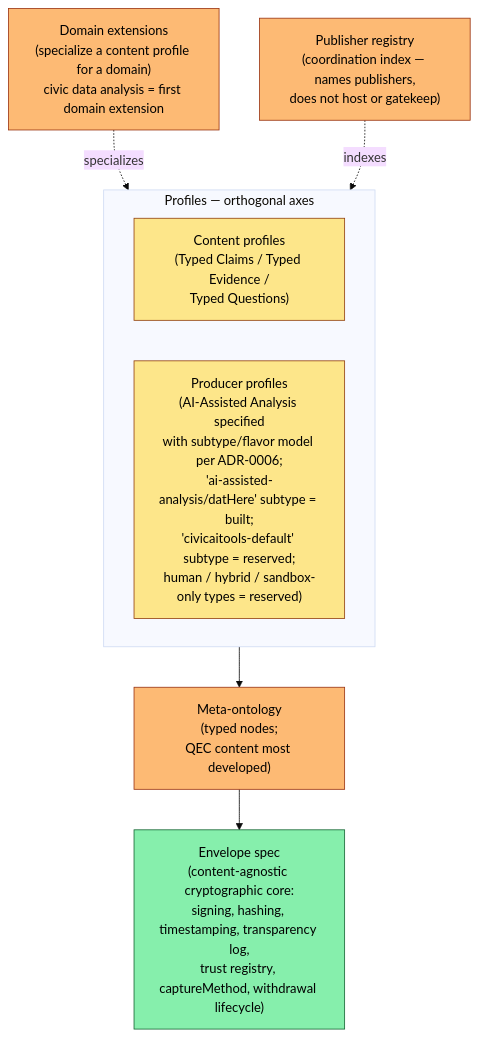
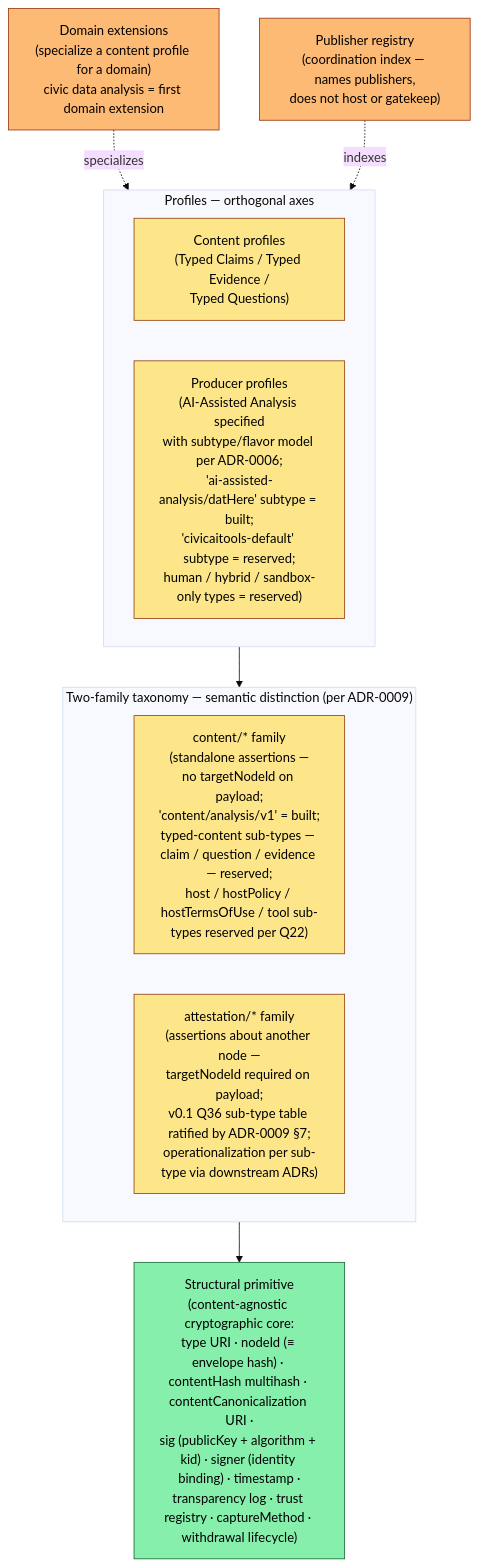
One commit to npstorey/civic-ai-tools changed the first of 4 diagrams in docs/architecture/typed-standards-proposal.md. Above: the diagram before and after it, drawn with Mermaid (base theme). The commit also changed other lines of this file and 3 other files, not shown here.

First line of the commit message:
spec: ADR-0009 + typed-standards-proposal + OES amendments (G2 unified-primitive cohort)

````diff
--- a/docs/architecture/typed-standards-proposal.md
+++ b/docs/architecture/typed-standards-proposal.md
@@ -49,23 +49,28 @@
 ```mermaid
 flowchart TB
     REG["Publisher registry<br/>(coordination index — names publishers,<br/>does not host or gatekeep)"]:::reserved
     DX["Domain extensions<br/>(specialize a content profile for a domain)<br/>civic data analysis = first domain extension"]:::reserved
 
     subgraph PROF["Profiles — orthogonal axes"]
         direction LR
         CP["Content profiles<br/>(Typed Claims / Typed Evidence /<br/>Typed Questions)"]:::partial
         PP["Producer profiles<br/>(AI-Assisted Analysis specified<br/>with subtype/flavor model per ADR-0006;<br/>'ai-assisted-analysis/datHere' subtype = built;<br/>'civicaitools-default' subtype = reserved;<br/>human / hybrid / sandbox-only types = reserved)"]:::partial
     end
 
-    META["Meta-ontology<br/>(typed nodes;<br/>QEC content most developed)"]:::reserved
-    ENV["Envelope spec<br/>(content-agnostic cryptographic core:<br/>signing, hashing, timestamping, transparency log,<br/>trust registry, captureMethod, withdrawal lifecycle)"]:::built
+    subgraph TYPED["Two-family taxonomy — semantic distinction (per ADR-0009)"]
+        direction LR
+        CONTENT["content/* family<br/>(standalone assertions —<br/>no targetNodeId on payload;<br/>'content/analysis/v1' = built;<br/>typed-content sub-types — claim / question / evidence — reserved;<br/>host / hostPolicy / hostTermsOfUse / tool sub-types reserved per Q22)"]:::partial
+        ATTESTATION["attestation/* family<br/>(assertions about another node —<br/>targetNodeId required on payload;<br/>v0.1 Q36 sub-type table ratified by ADR-0009 §7;<br/>operationalization per sub-type via downstream ADRs)"]:::partial
+    end
+
+    ENV["Structural primitive<br/>(content-agnostic cryptographic core:<br/>type URI · nodeId (≡ envelope hash) · contentHash multihash · contentCanonicalization URI ·<br/>sig (publicKey + algorithm + kid) · signer (identity binding) · timestamp ·<br/>transparency log · trust registry · captureMethod · withdrawal lifecycle)"]:::built
 
     REG -.indexes.-> PROF
     DX -.specializes.-> CP
-    PROF --> META
-    META --> ENV
+    PROF --> TYPED
+    TYPED --> ENV
 
     classDef built fill:#86efac,stroke:#166534,color:#000
     classDef partial fill:#fde68a,stroke:#92400e,color:#000
     classDef reserved fill:#fdba74,stroke:#9a3412,color:#000
 ```
````
